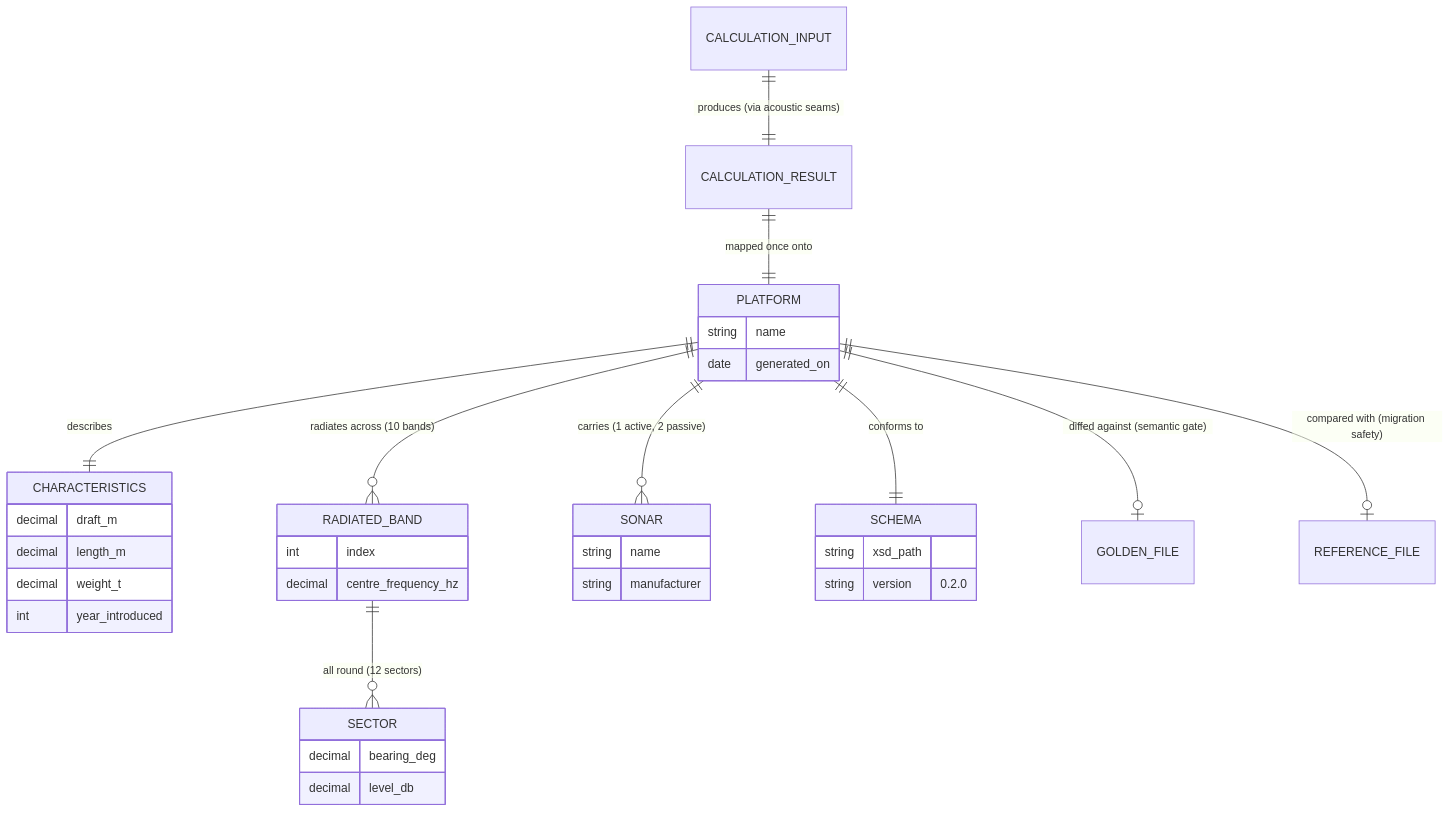
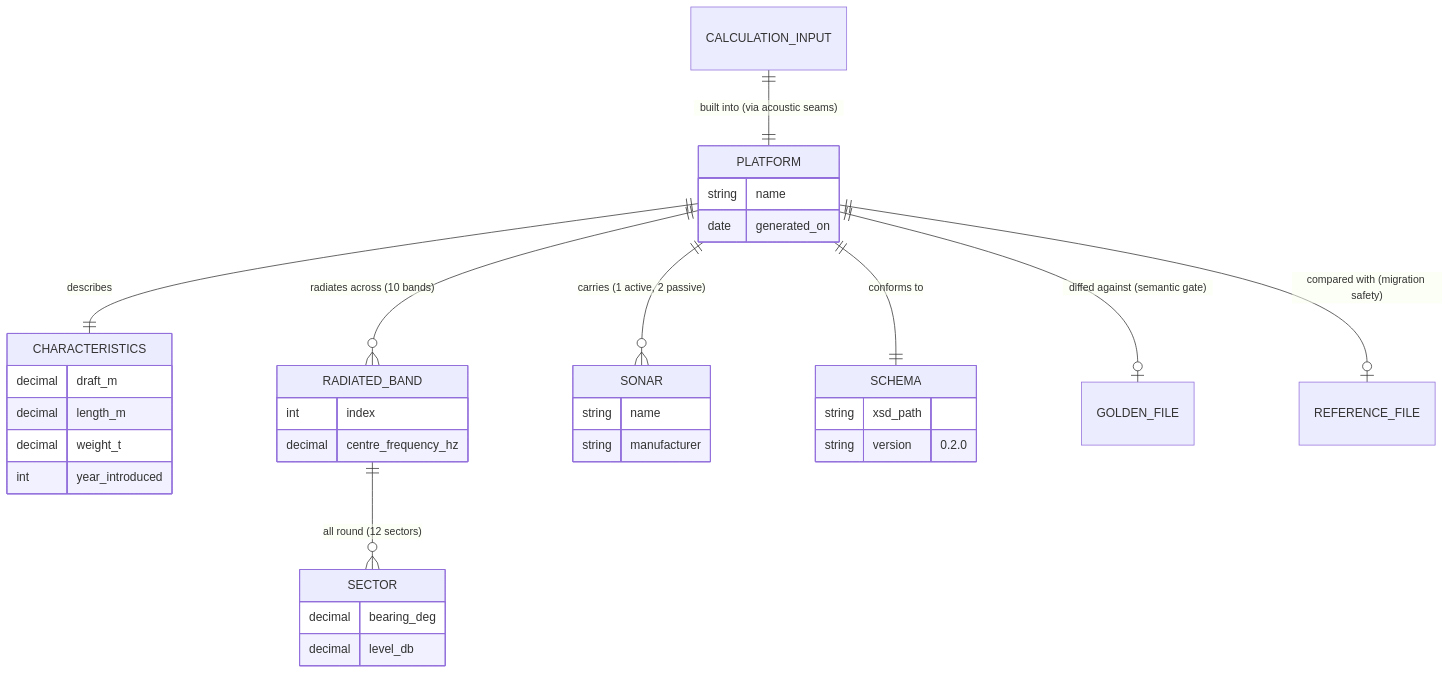
One commit to DeepBlueCLtd/python-party changed the second of 2 diagrams in docs/concepts/pipeline-data-flow.md. Above: the diagram before and after it, drawn with Mermaid. The commit also changed other lines of this file and 18 other files, not shown here.

First line of the commit message:
refactor: build the schema's data object directly (ADR 0010)

````diff
--- a/docs/concepts/pipeline-data-flow.md
+++ b/docs/concepts/pipeline-data-flow.md
@@ -37,39 +36,38 @@
 ```mermaid
 erDiagram
-    CALCULATION_INPUT ||--|| CALCULATION_RESULT : "produces (via acoustic seams)"
-    CALCULATION_RESULT ||--|| PLATFORM : "mapped once onto"
+    CALCULATION_INPUT ||--|| PLATFORM : "built into (via acoustic seams)"
     PLATFORM ||--|| CHARACTERISTICS : describes
     PLATFORM ||--o{ RADIATED_BAND : "radiates across (10 bands)"
     RADIATED_BAND ||--o{ SECTOR : "all round (12 sectors)"
     PLATFORM ||--o{ SONAR : "carries (1 active, 2 passive)"
     PLATFORM ||--|| SCHEMA : "conforms to"
     PLATFORM ||--o| GOLDEN_FILE : "diffed against (semantic gate)"
     PLATFORM ||--o| REFERENCE_FILE : "compared with (migration safety)"
 
     PLATFORM {
         string name
         date generated_on
     }
     CHARACTERISTICS {
         decimal draft_m
         decimal length_m
         decimal weight_t
         int year_introduced
     }
     RADIATED_BAND {
         int index
         decimal centre_frequency_hz
     }
     SECTOR {
         decimal bearing_deg
         decimal level_db
     }
     SONAR {
         string name
         string manufacturer
     }
     SCHEMA {
         string xsd_path
         string version "0.2.0"
     }
 ```
````
